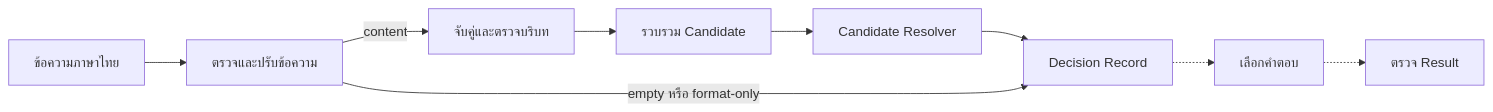
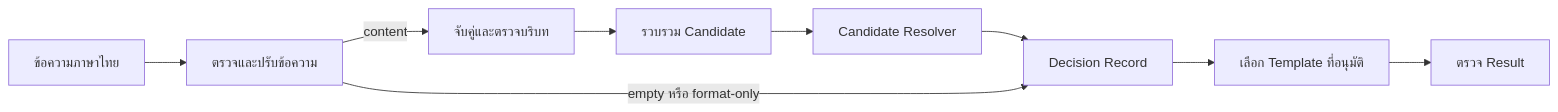
The first of 2 diagrams in README.md (siwakon8285/thai-anti-scam-ai), drawn with Mermaid before and after one commit. The commit also changed other lines of this file and 3 other files, not shown here.

````diff
--- a/README.md
+++ b/README.md
@@ -34,11 +35,11 @@
 ```mermaid
 flowchart LR
     input["ข้อความภาษาไทย"] --> text["ตรวจและปรับข้อความ"]
     text -->|content| matches["จับคู่และตรวจบริบท"]
     matches --> candidates["รวบรวม Candidate"]
     candidates --> selection["Candidate Resolver"]
     selection --> decision["Decision Record"]
     text -->|empty หรือ format-only| decision
-    decision -.-> response["เลือกคำตอบ"]
-    response -.-> output["ตรวจ Result"]
+    decision --> response["เลือก Template ที่อนุมัติ"]
+    response --> output["ตรวจ Result"]
 ```
````
